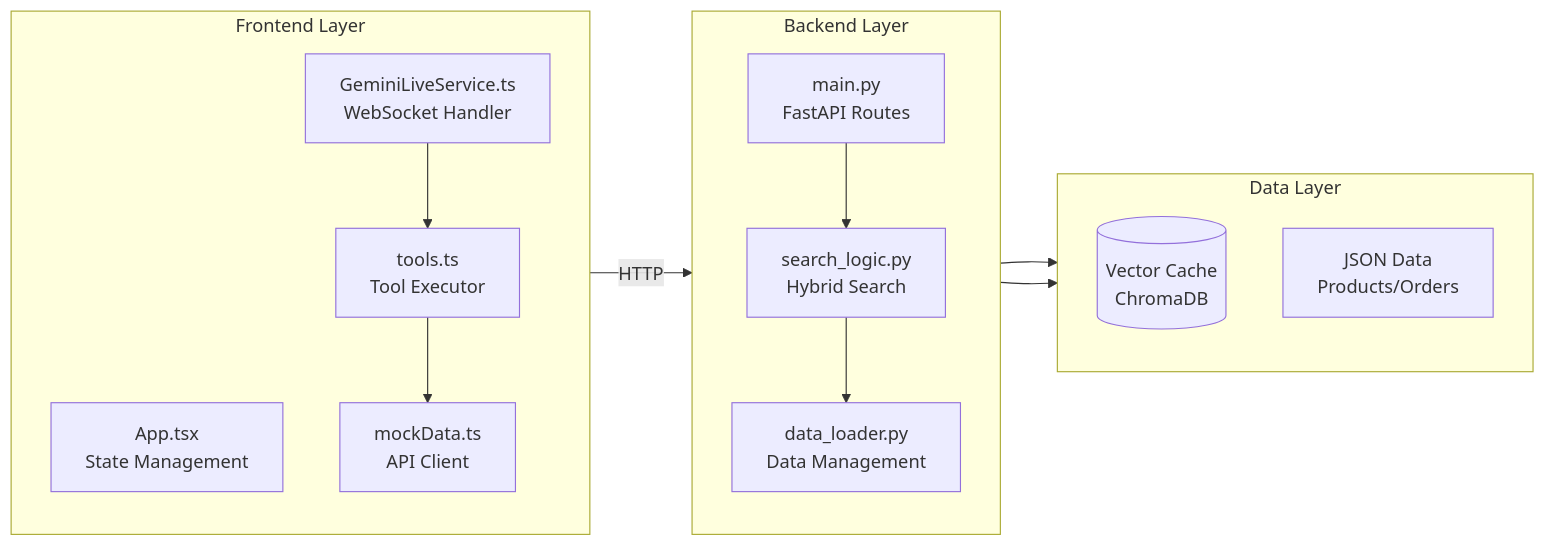
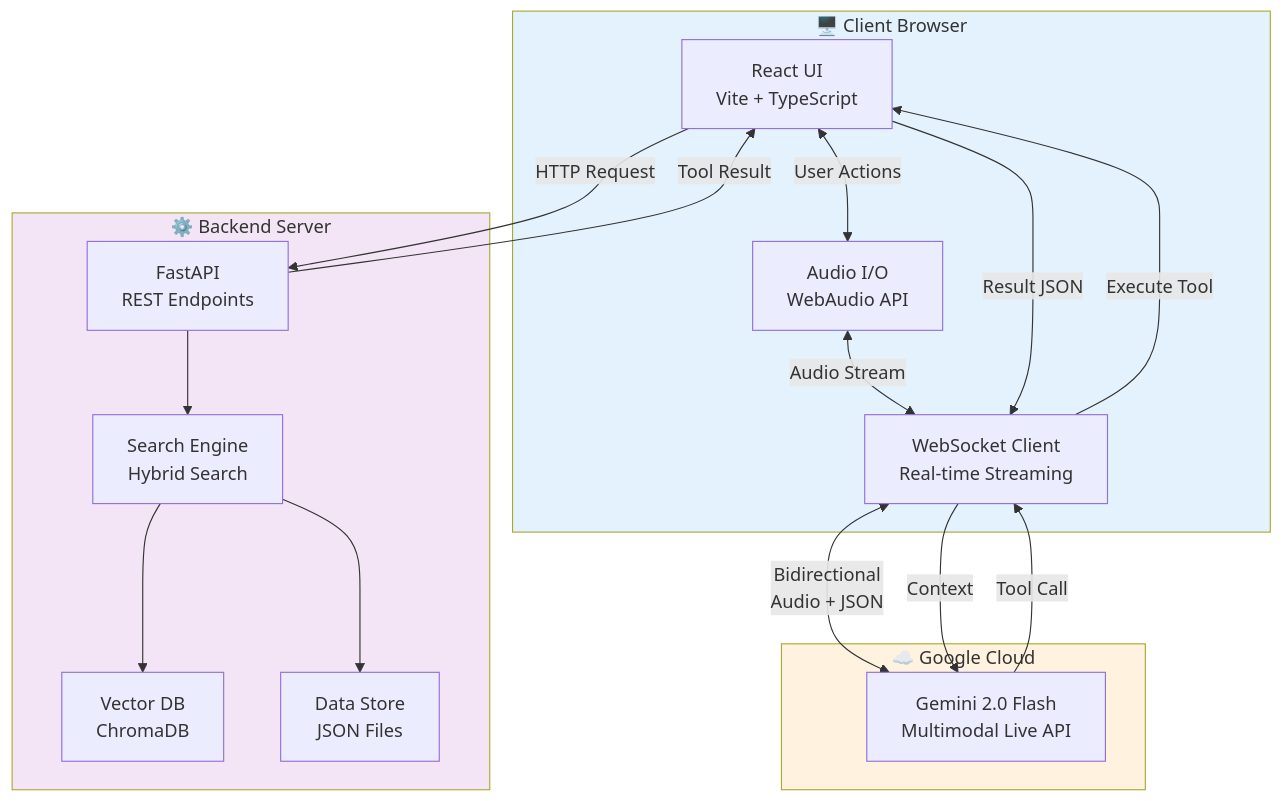
The first of 2 diagrams in README.md (oniondas/Voice-Agent-customercare), drawn with Mermaid before and after one commit. The commit also changed other lines of this file, not shown here.

Commit message:
Docs: Update architecture diagram to high-level view

````diff
--- a/README.md
+++ b/README.md
@@ -13,31 +13,39 @@
 ```mermaid
-graph LR
-    subgraph Frontend["Frontend Layer"]
-        direction TB
-        App[App.tsx<br/>State Management]
-        GLS[GeminiLiveService.ts<br/>WebSocket Handler]
-        Tools[tools.ts<br/>Tool Executor]
-        Mock[mockData.ts<br/>API Client]
+graph TB
+    subgraph Client["🖥️ Client Browser"]
+        UI[React UI<br/>Vite + TypeScript]
+        Audio[Audio I/O<br/>WebAudio API]
+        WS[WebSocket Client<br/>Real-time Streaming]
     end
     
-    subgraph Backend["Backend Layer"]
-        direction TB
-        Main[main.py<br/>FastAPI Routes]
-        DL[data_loader.py<br/>Data Management]
-        SL[search_logic.py<br/>Hybrid Search]
+    subgraph Cloud["☁️ Google Cloud"]
+        Gemini[Gemini 2.0 Flash<br/>Multimodal Live API]
     end
     
-    subgraph Storage["Data Layer"]
-        direction TB
-        VecDB[(Vector Cache<br/>ChromaDB)]
-        JSON[JSON Data<br/>Products/Orders]
+    subgraph Server["⚙️ Backend Server"]
+        API[FastAPI<br/>REST Endpoints]
+        Search[Search Engine<br/>Hybrid Search]
+        Vector[Vector DB<br/>ChromaDB]
+        Data[Data Store<br/>JSON Files]
     end
     
-    GLS --> Tools
-    Tools --> Mock
-    Mock -->|HTTP| Main
-    Main --> SL
-    SL --> VecDB
-    SL --> DL
-    DL --> JSON
+    UI <-->|User Actions| Audio
+    Audio <-->|Audio Stream| WS
+    WS <-->|Bidirectional<br/>Audio + JSON| Gemini
+    
+    Gemini -->|Tool Call| WS
+    WS -->|Execute Tool| UI
+    UI -->|HTTP Request| API
+    
+    API --> Search
+    Search --> Vector
+    Search --> Data
+    
+    API -->|Tool Result| UI
+    UI -->|Result JSON| WS
+    WS -->|Context| Gemini
+    
+    style Client fill:#e3f2fd
+    style Cloud fill:#fff3e0
+    style Server fill:#f3e5f5
 ```
````
